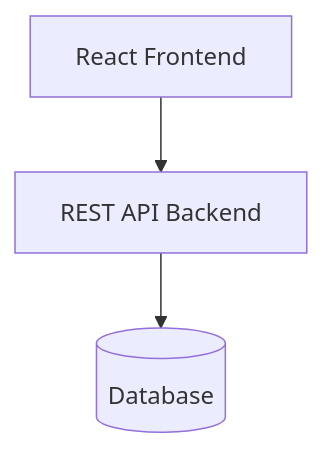
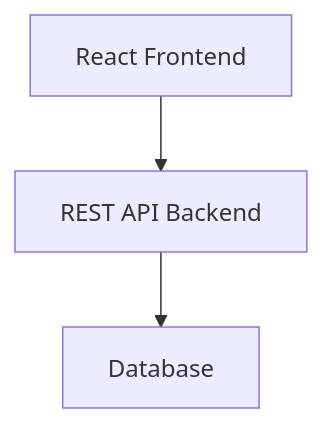
One commit to seanwhs/Tutorials changed the first of 12 diagrams in NextJS/Next-JS-Tutorial/Articles/Modern-Client-Server-Architecture.md. Above: the diagram before and after it, drawn with Mermaid. The commit also changed other lines of this file, not shown here.

````diff
--- a/NextJS/Next-JS-Tutorial/Articles/Modern-Client-Server-Architecture.md
+++ b/NextJS/Next-JS-Tutorial/Articles/Modern-Client-Server-Architecture.md
@@ -27,10 +29,9 @@
 ```mermaid
 graph TD
+    FE[React Frontend]
+    API[REST API Backend]
+    DB[Database]
 
-A[React Frontend]
-B[REST API Backend]
-C[(Database)]
-
-A --> B
-B --> C
+    FE --> API
+    API --> DB
 ```
````
